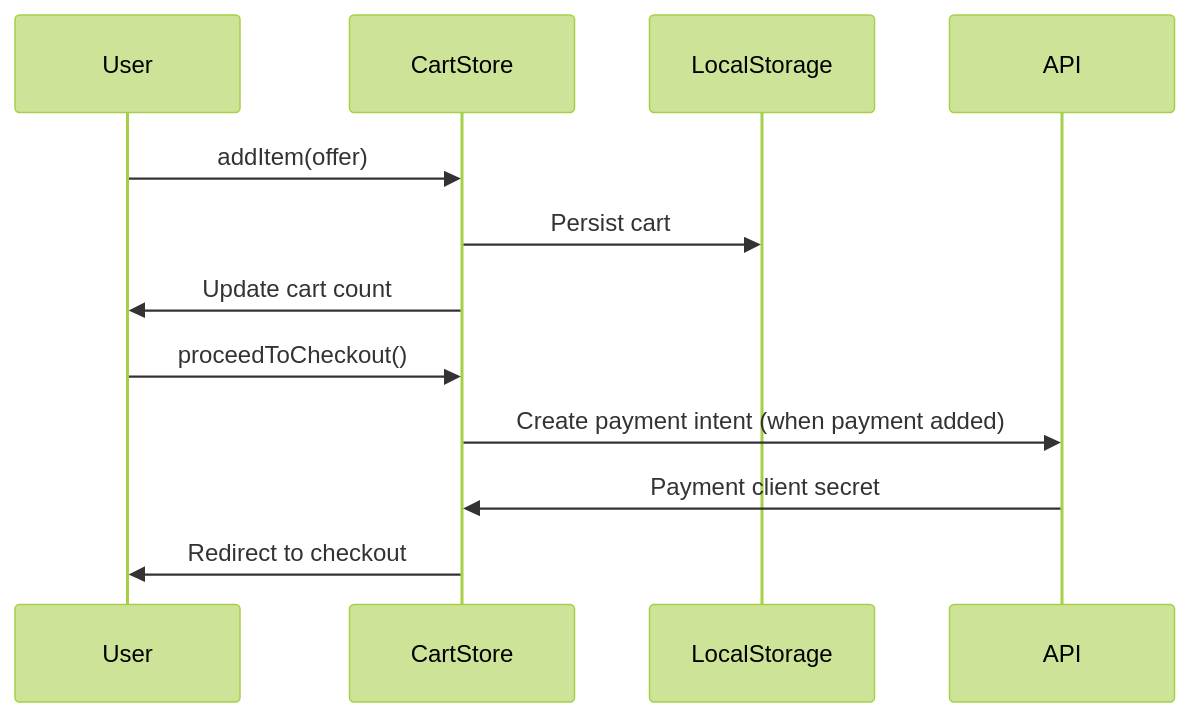
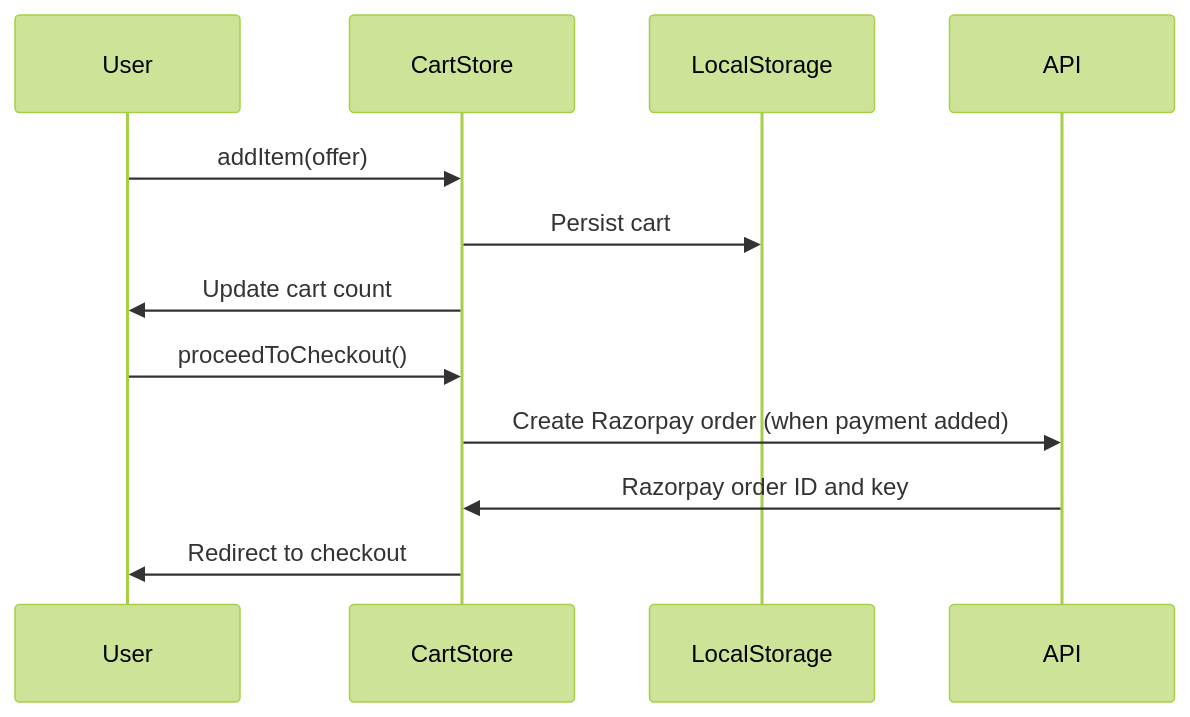
Before and after one commit to zsyborg/couponwala-frontend: the third of 4 diagrams in ARCHITECTURE.md, drawn with Mermaid (forest theme). The commit also changed other lines of this file and 5 other files, not shown here.

````diff
--- a/ARCHITECTURE.md
+++ b/ARCHITECTURE.md
@@ -630,16 +629,16 @@
 ```mermaid
 sequenceDiagram
     participant User
     participant CartStore
     participant LocalStorage
     participant API
     
     User->>CartStore: addItem(offer)
     CartStore->>LocalStorage: Persist cart
     CartStore->>User: Update cart count
     
     User->>CartStore: proceedToCheckout()
-    CartStore->>API: Create payment intent (when payment added)
-    API->>CartStore: Payment client secret
+    CartStore->>API: Create Razorpay order (when payment added)
+    API->>CartStore: Razorpay order ID and key
     CartStore->>User: Redirect to checkout
 ```
````
